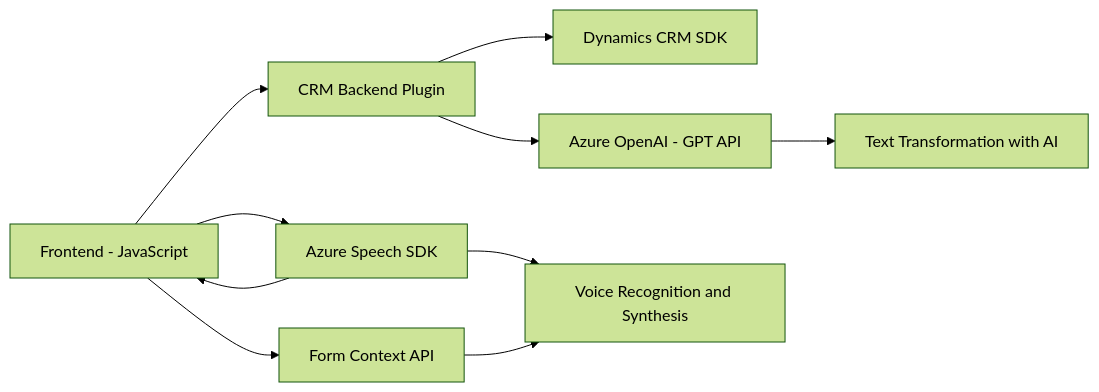
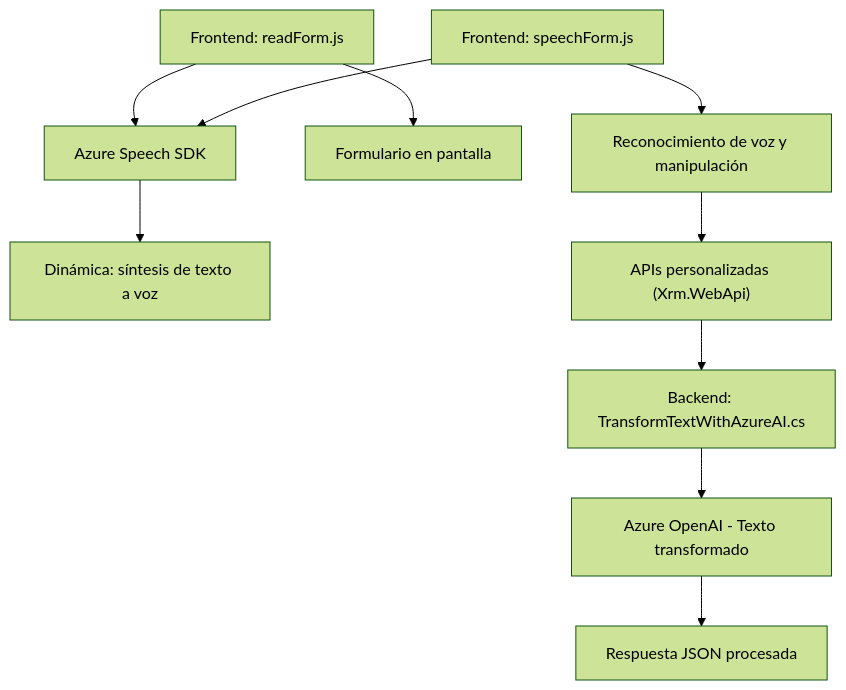
Before and after one commit to blopezdm/NETCORE_BILBAO2025: the diagram in README.md, drawn with Mermaid (forest theme). The commit also changed other lines of this file, not shown here.

````diff
--- a/README.md
+++ b/README.md
@@ -46,12 +49,12 @@
 ```mermaid
-graph LR
-    A["Frontend - JavaScript"] --> B["Azure Speech SDK"]
-    A --> C["Form Context API"]
-    A --> D["CRM Backend Plugin"]
-    D --> E["Dynamics CRM SDK"]
-    D --> F["Azure OpenAI - GPT API"]
-    B --> G["Voice Recognition and Synthesis"]
-    F --> H["Text Transformation with AI"]
-    C --> G
-    B --> A
+graph TD
+    A["Frontend: readForm.js"] --> B["Azure Speech SDK"]
+    A --> C["Formulario en pantalla"]
+    B --> D["Dinámica: síntesis de texto a voz"]
+    F["Frontend: speechForm.js"] --> B
+    F --> G["Reconocimiento de voz y manipulación"]
+    G --> H["APIs personalizadas (Xrm.WebApi)"]
+    H --> I["Backend: TransformTextWithAzureAI.cs"]
+    I --> J["Azure OpenAI - Texto transformado"]
+    J --> K["Respuesta JSON procesada"]
 ```
````
